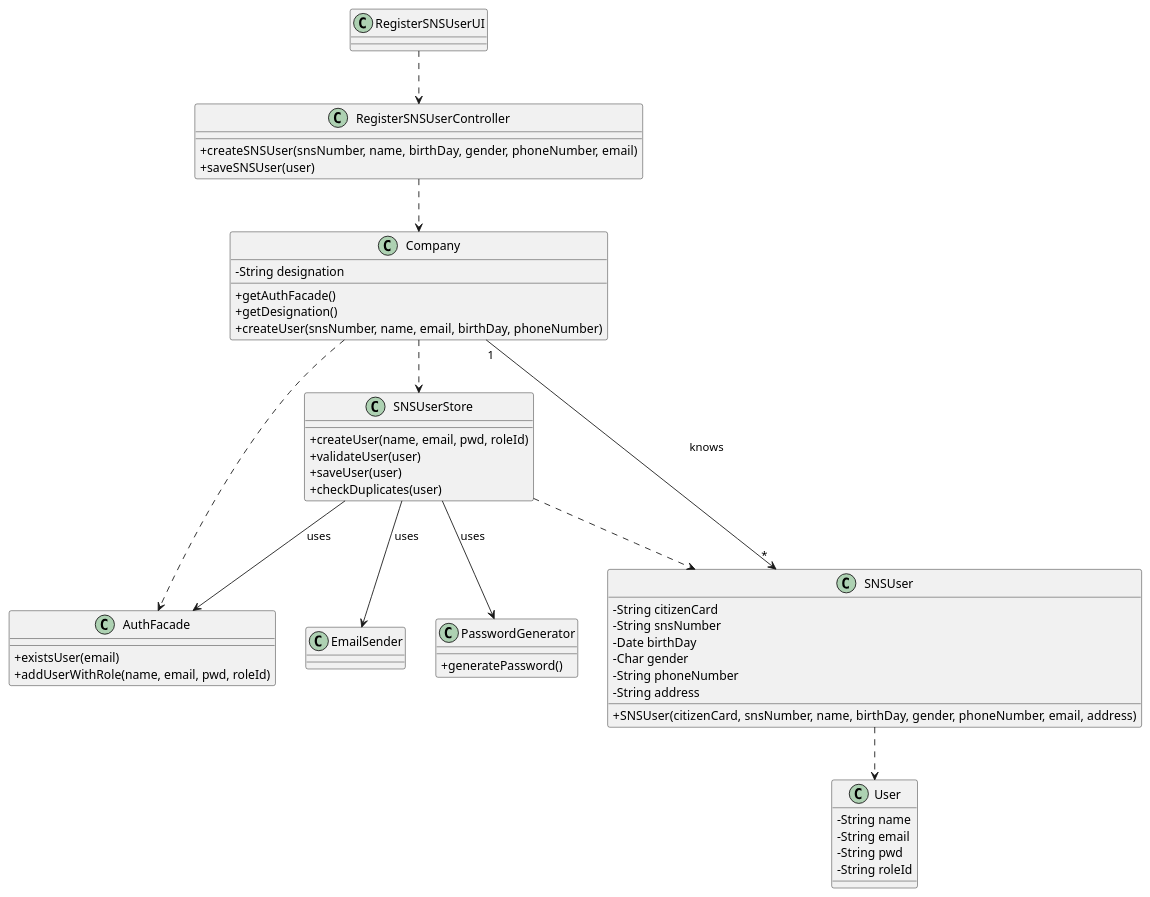
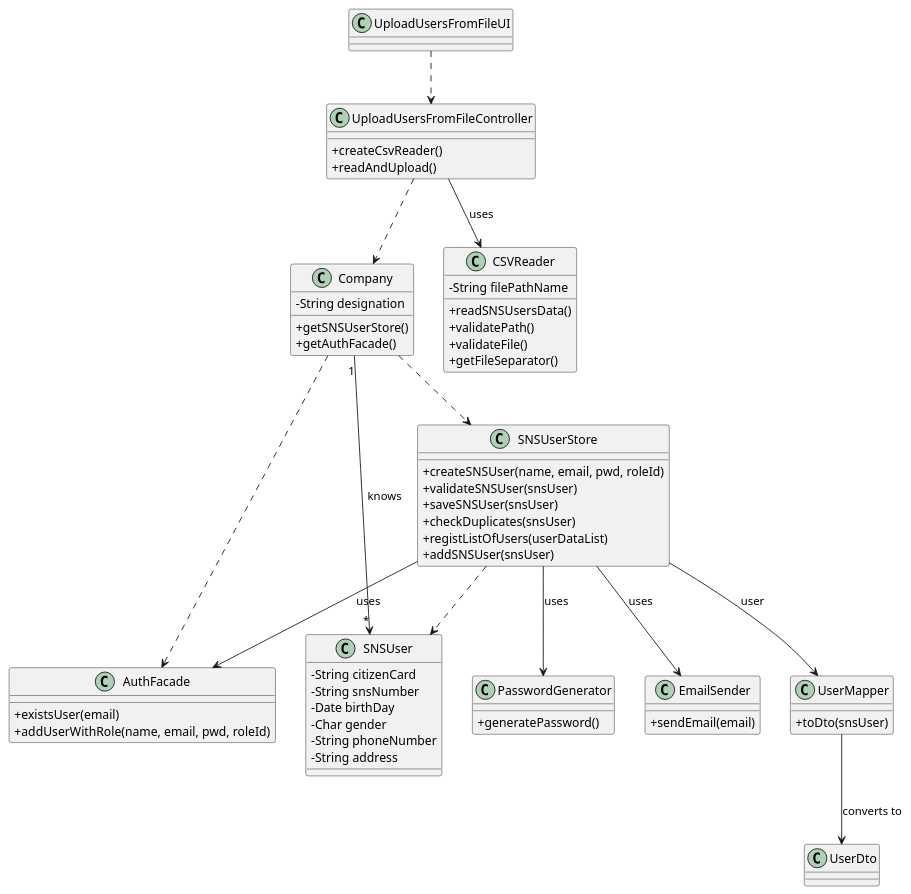
Before and after one commit to miseEnPlace-i/lapr2: the diagram in docs/SprintC/US14/CD/US14_CD.puml, drawn with PlantUML. The commit also changed 4 other files, not shown here.

```diff
--- a/docs/SprintC/US14/CD/US14_CD.puml
+++ b/docs/SprintC/US14/CD/US14_CD.puml
@@ -1,66 +1,78 @@
 @startuml
 skinparam classAttributeIconSize 0
 
 class AuthFacade {
   + existsUser(email)
   + addUserWithRole(name, email, pwd, roleId)
 }
 
 class Company {
   - String designation
+  + getSNSUserStore()
   + getAuthFacade()
-  + getDesignation()
-  + createUser(snsNumber, name, email, birthDay, phoneNumber)
 }
 
-class RegisterSNSUserController {
-  + createSNSUser(snsNumber, name, birthDay, gender, phoneNumber, email)
-  + saveSNSUser(user)
+class UploadUsersFromFileController {
+  + createCsvReader()
+  + readAndUpload()
 }
 
-class RegisterSNSUserUI { }
+class UploadUsersFromFileUI { }
 
 class SNSUser {
   - String citizenCard
   - String snsNumber
   - Date birthDay
   - Char gender
   - String phoneNumber
   - String address
-  + SNSUser(citizenCard, snsNumber, name, birthDay, gender, phoneNumber, email, address)
-}
-
-class User {
-  - String name
-  - String email
-  - String pwd
-  - String roleId
 }
 
 class SNSUserStore {
-  + createUser(name, email, pwd, roleId)
-  + validateUser(user)
-  + saveUser(user)
-  + checkDuplicates(user)
+  + createSNSUser(name, email, pwd, roleId)
+  + validateSNSUser(snsUser)
+  + saveSNSUser(snsUser)
+  + checkDuplicates(snsUser)
+  + registListOfUsers(userDataList)
+  + addSNSUser(snsUser)
 }
 
 class PasswordGenerator {
   + generatePassword()
 }
 
-class EmailSender {}
+class EmailSender {
+  + sendEmail(email)
+}
 
+class CSVReader {
+  - String filePathName
+
+  + readSNSUsersData()
+  + validatePath()
+  + validateFile()
+  + getFileSeparator()
+}
+
+class UserMapper{
+  + toDto(snsUser)
+}
+
+class UserDto{
+}
 
 Company ..> SNSUserStore
 Company ..> AuthFacade
 Company "1" --> "*" SNSUser : knows
-RegisterSNSUserController ..> Company
-RegisterSNSUserUI ..> RegisterSNSUserController
-SNSUser ..> User
+UploadUsersFromFileController ..> Company
+UploadUsersFromFileUI ..> UploadUsersFromFileController
+UploadUsersFromFileController --> CSVReader : uses
 SNSUserStore --> AuthFacade : uses
 SNSUserStore --> PasswordGenerator : uses
 SNSUserStore --> EmailSender : uses
 SNSUserStore ..> SNSUser
+SNSUserStore --> UserMapper : user
+UserMapper --> UserDto : converts to
 
 
 @enduml
```
